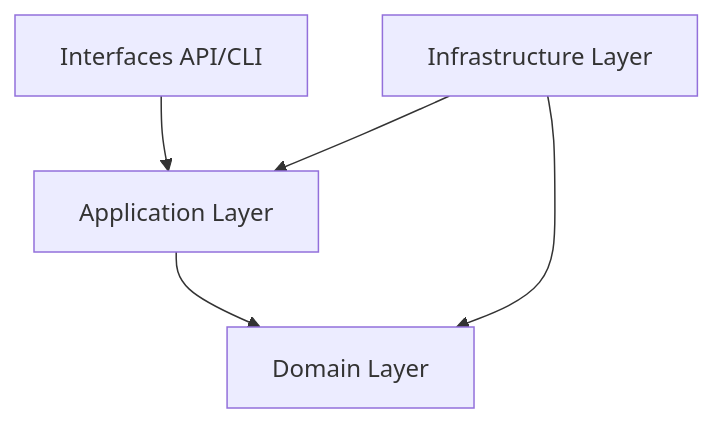
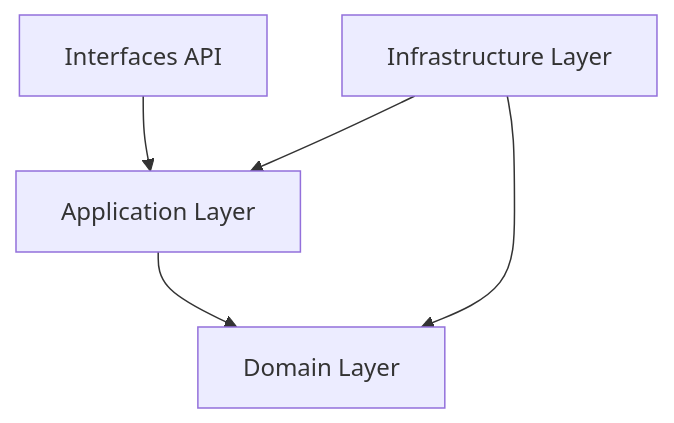
Before and after one commit to taigerdev45/bull: the diagram in docs/architecture.md, drawn with Mermaid. The commit also changed other lines of this file and 28 other files, not shown here.

````diff
--- a/docs/architecture.md
+++ b/docs/architecture.md
@@ -7,7 +7,7 @@
 ```mermaid
 graph TD
-    UI[Interfaces API/CLI] --> App[Application Layer]
+    UI[Interfaces API] --> App[Application Layer]
     App --> Domain[Domain Layer]
     Infra[Infrastructure Layer] --> App
     Infra --> Domain
 ```
````
